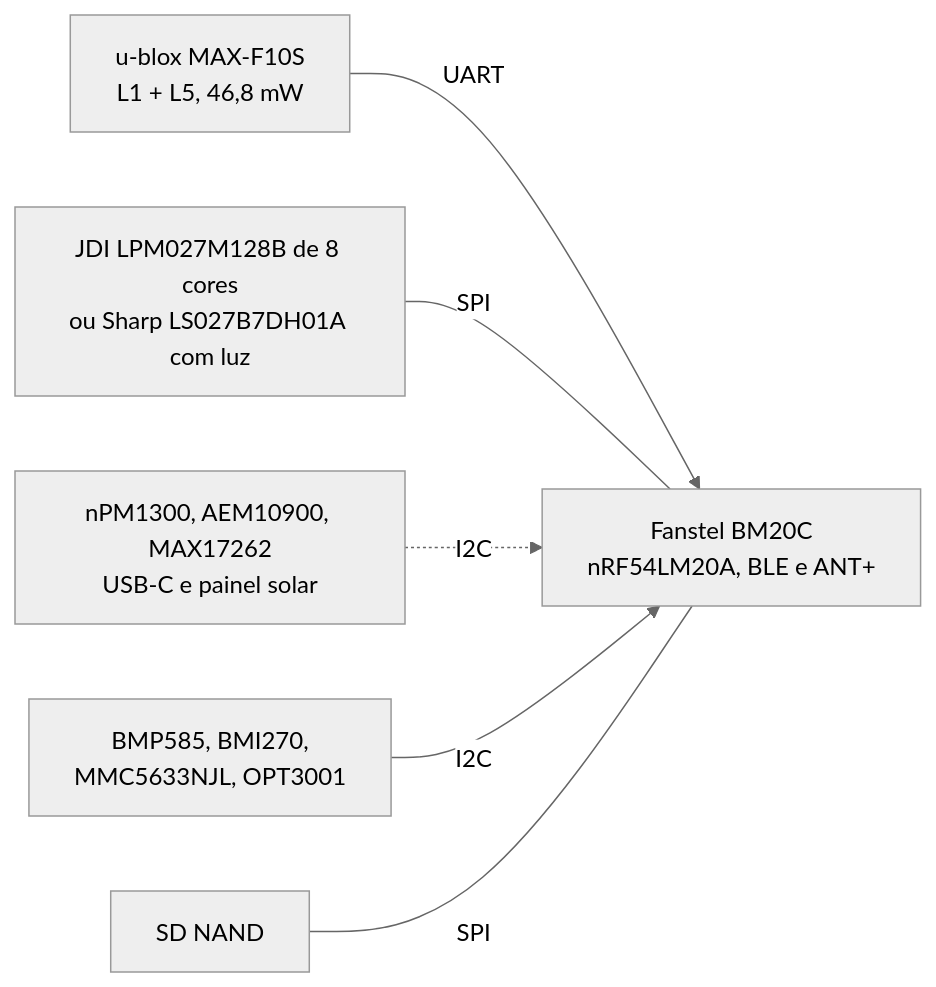
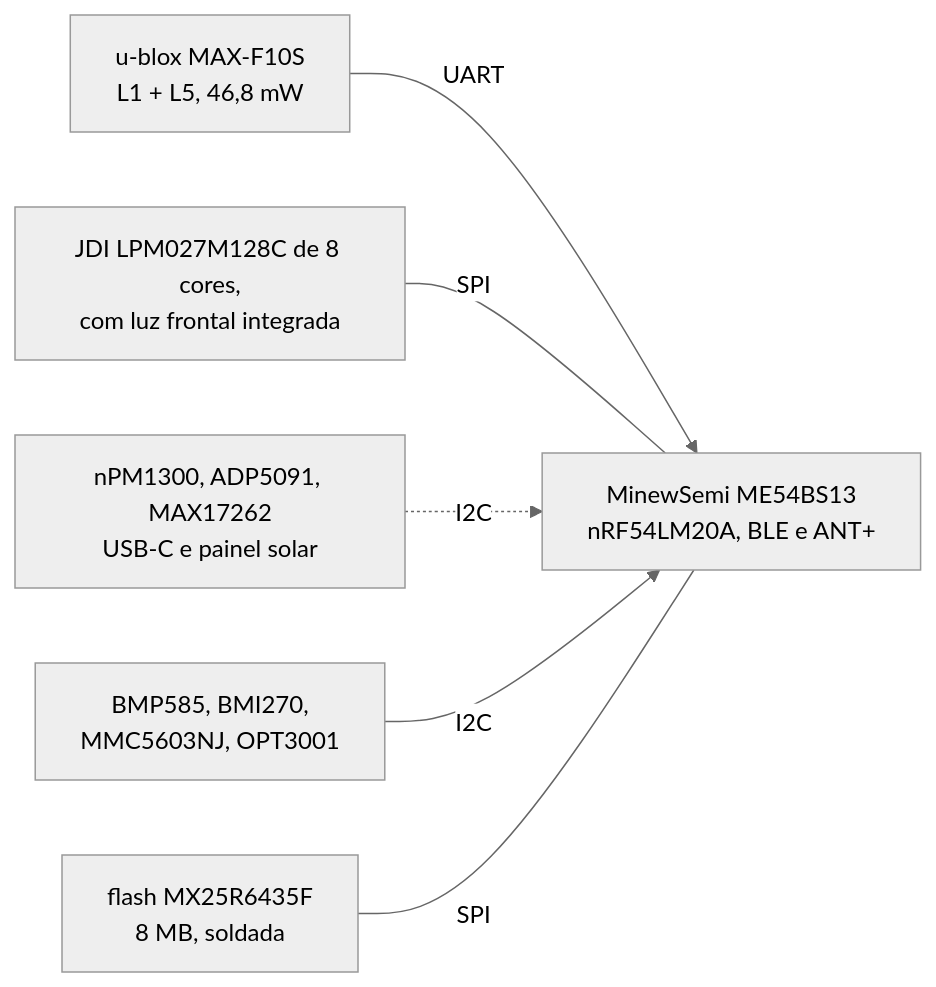
Before and after one commit to Guiimartinho/gnss-bike-computer: the second of 3 diagrams in README.md, drawn with Mermaid (neutral theme). The commit also changed other lines of this file and 3 other files, not shown here.

````diff
--- a/README.md
+++ b/README.md
@@ -59,9 +68,9 @@
 ```mermaid
 flowchart LR
-    MCU["Fanstel BM20C<br/>nRF54LM20A, BLE e ANT+"]
+    MCU["MinewSemi ME54BS13<br/>nRF54LM20A, BLE e ANT+"]
     GNSS2["u-blox MAX-F10S<br/>L1 + L5, 46,8 mW"] -->|UART| MCU
-    LCD2["JDI LPM027M128B de 8 cores<br/>ou Sharp LS027B7DH01A com luz"] ---|SPI| MCU
-    PWR["nPM1300, AEM10900, MAX17262<br/>USB-C e painel solar"] -.->|I2C| MCU
-    SENS2["BMP585, BMI270,<br/>MMC5633NJL, OPT3001"] -->|I2C| MCU
-    MEM["SD NAND"] ---|SPI| MCU
+    LCD2["JDI LPM027M128C de 8 cores,<br/>com luz frontal integrada"] ---|SPI| MCU
+    PWR["nPM1300, ADP5091, MAX17262<br/>USB-C e painel solar"] -.->|I2C| MCU
+    SENS2["BMP585, BMI270,<br/>MMC5603NJ, OPT3001"] -->|I2C| MCU
+    MEM["flash MX25R6435F<br/>8 MB, soldada"] ---|SPI| MCU
 ```
````
